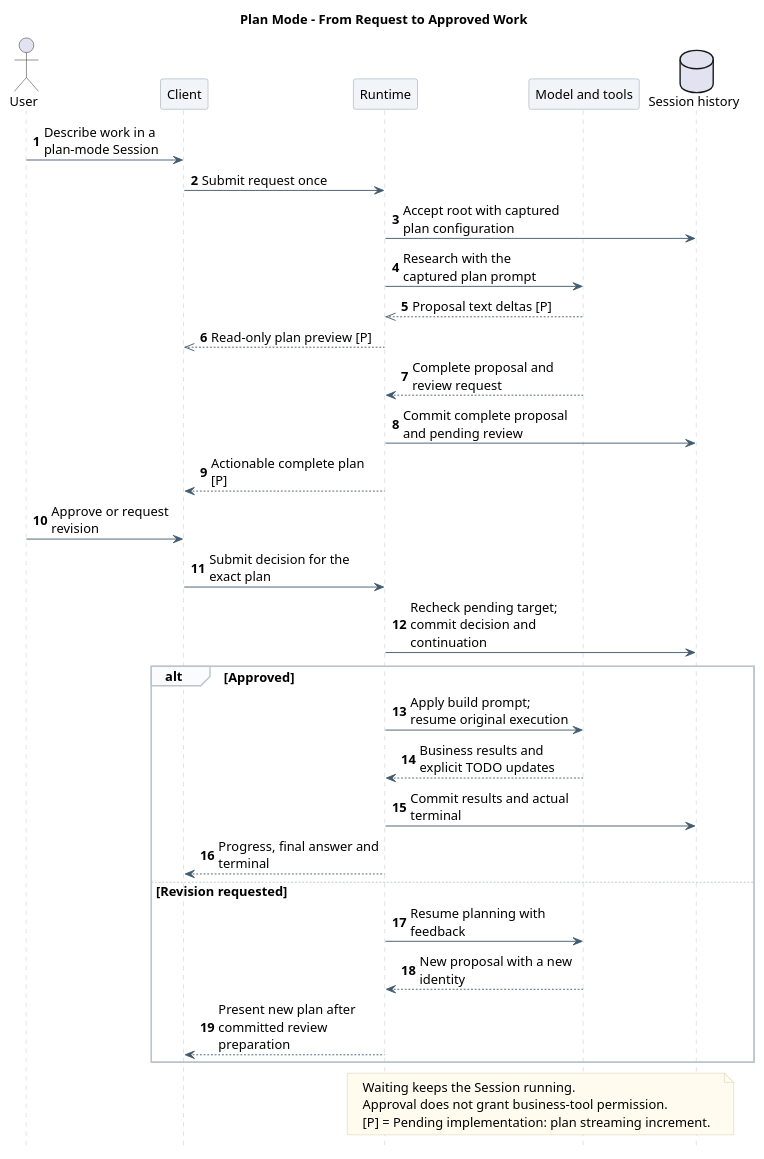
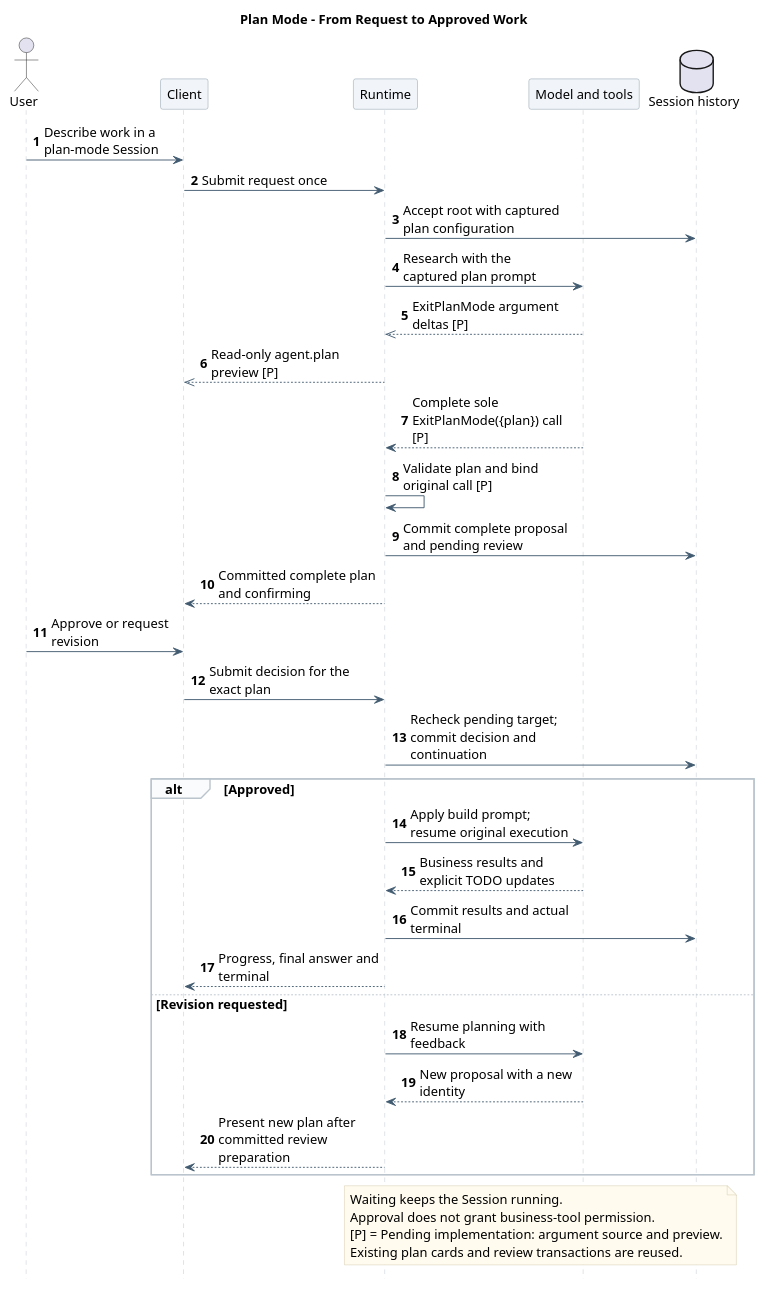
One commit to ssm0808/pi-mono-java-design changed the fifth of 7 diagrams in 01-总体架构/06-CampusClaw计划模式/diagram.puml. Above: the diagram before and after it, drawn with PlantUML. The commit also changed other lines of this file and 27 other files, not shown here.

Commit message:
docs(plan): stream plan parameters through existing review events

```diff
--- a/01-总体架构/06-CampusClaw计划模式/diagram.puml
+++ b/01-总体架构/06-CampusClaw计划模式/diagram.puml
@@ -504,65 +528,70 @@
 @startuml plan_mode_end_to_end
+' Plan source change checked 2026-09-28: Java 553dcd5e2ff682f9684810a043b442b37a02e54a.
+' Source: modules/coding-agent-cli/src/main/java/com/campusclaw/codingagent/runtimeapi/event/RuntimeEventProjector.java :: beginPlanReview, finishConfirmingOutput.
+' Design reason: change the proposal source to the plan argument; keep existing review and continuation authority.
 ' Source baseline: pi-mono-java 09b32d8ea4a4b43b34be302d8b2745bdc417c9a2.
 ' Source: modules/coding-agent-cli/src/main/java/com/campusclaw/codingagent/session/AgentSessionFactory.java :: create, configureAgent.
 ' Source: modules/coding-agent-cli/src/main/java/com/campusclaw/codingagent/runtimeapi/event/RuntimeMessageEventService.java :: prepare, accept, startAccepted.
 ' Source: modules/coding-agent-cli/src/main/java/com/campusclaw/codingagent/runtimeapi/event/RuntimeEventProjector.java :: persistToolResults.
 ' Source: frontend/src/composables/useRuntimeApi.ts :: loadHistory, consume.
-' DeepSeek baseline: 0a53fb55bea101816fa226bb964ae2bed71c343b (alpha).
+' Historical DeepSeek baseline: 0a53fb55bea101816fa226bb964ae2bed71c343b (alpha).
 ' Source: packages/preset/agent-presets/presets/standard/agent.cordis.yml :: planning section; no research TODOs.
 ' Source: packages/todo/tool-todo/src/index.ts :: DESCRIPTION_TAIL; immediate completion updates.
 ' Claude managed-agents/tools and events-and-streaming checked 2026-09-14 (beta).
 ' Observed behavior: generic tool results are committed before stream output at batch end.
 ' Design reason: separate plan review from build progress and reuse existing public tool events.
 ' Observed at 8c5fda1d: per-Agent mode overrides and execution snapshots are implemented; see source-evidence.md section 12.
 ' Presentation: one responsibility-level scenario; implementation details remain in the linked document.
 skinparam backgroundColor white
 skinparam defaultFontName SansSerif
 skinparam defaultFontSize 14
 skinparam shadowing false
 skinparam sequenceMessageAlign left
 skinparam maxMessageSize 180
 skinparam sequenceArrowColor #425B70
 skinparam sequenceLifeLineBorderColor #BAC4CC
 skinparam sequenceParticipantBackgroundColor #F1F5F9
 skinparam sequenceParticipantBorderColor #8496A4
 skinparam sequenceGroupBackgroundColor #FAFBFC
 skinparam sequenceGroupBorderColor #BAC4CC
 skinparam noteBackgroundColor #FFFBEF
 skinparam noteBorderColor #D2C6A5
 hide footbox
 autonumber
 
 title Plan Mode - From Request to Approved Work
 actor User
 participant Client
 participant "Runtime" as Runtime
 participant "Model and tools" as Agent
 database "Session history" as DB
 User -> Client : Describe work in a plan-mode Session
 Client -> Runtime : Submit request once
 Runtime -> DB : Accept root with captured plan configuration
 Runtime -> Agent : Research with the captured plan prompt
-Agent -->> Runtime : Proposal text deltas [P]
-Runtime -->> Client : Read-only plan preview [P]
-Agent --> Runtime : Complete proposal and review request
+Agent -->> Runtime : ExitPlanMode argument deltas [P]
+Runtime -->> Client : Read-only agent.plan preview [P]
+Agent --> Runtime : Complete sole ExitPlanMode({plan}) call [P]
+Runtime -> Runtime : Validate plan and bind original call [P]
 Runtime -> DB : Commit complete proposal and pending review
-Runtime --> Client : Actionable complete plan [P]
+Runtime --> Client : Committed complete plan and confirming
 User -> Client : Approve or request revision
 Client -> Runtime : Submit decision for the exact plan
 Runtime -> DB : Recheck pending target; commit decision and continuation
 alt Approved
   Runtime -> Agent : Apply build prompt; resume original execution
   Agent --> Runtime : Business results and explicit TODO updates
   Runtime -> DB : Commit results and actual terminal
   Runtime --> Client : Progress, final answer and terminal
 else Revision requested
   Runtime -> Agent : Resume planning with feedback
   Agent --> Runtime : New proposal with a new identity
   Runtime --> Client : Present new plan after committed review preparation
 end
 note over Runtime,DB
   Waiting keeps the Session running.
   Approval does not grant business-tool permission.
-  [P] = Pending implementation: plan streaming increment.
+  [P] = Pending implementation: argument source and preview.
+  Existing plan cards and review transactions are reused.
 end note
 @enduml
```
